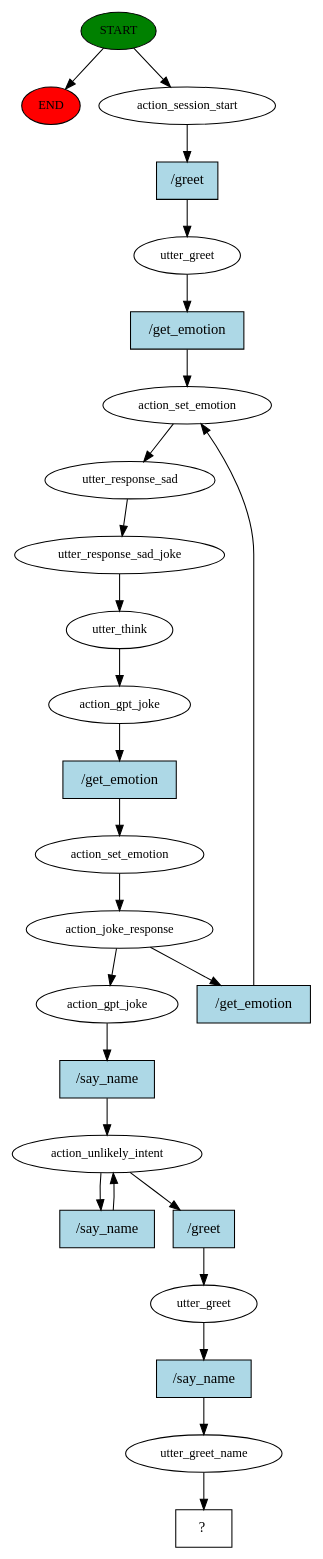
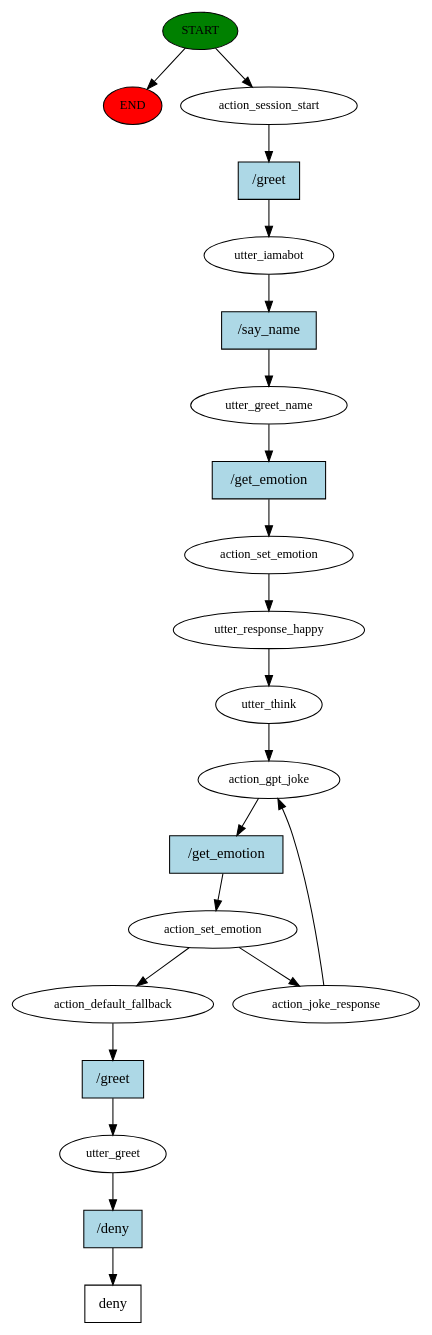
Before and after one commit to changchuntzu0618/RASA: the diagram in story_graph.dot, drawn with Graphviz. The commit also changed 4 other files, not shown here.

```diff
--- a/story_graph.dot
+++ b/story_graph.dot
@@ -1,51 +1,42 @@
 digraph  {
 0 [class="start active", fillcolor=green, fontsize=12, label=START, style=filled];
 "-1" [class=end, fillcolor=red, fontsize=12, label=END, style=filled];
 1 [class=active, fontsize=12, label=action_session_start];
-2 [class=active, fontsize=12, label=utter_greet];
-3 [class=active, fontsize=12, label=action_set_emotion];
-4 [class=active, fontsize=12, label=utter_response_sad];
-5 [class=active, fontsize=12, label=utter_response_sad_joke];
+2 [class=active, fontsize=12, label=utter_iamabot];
+3 [class=active, fontsize=12, label=utter_greet_name];
+4 [class=active, fontsize=12, label=action_set_emotion];
+5 [class=active, fontsize=12, label=utter_response_happy];
 6 [class=active, fontsize=12, label=utter_think];
 7 [class=active, fontsize=12, label=action_gpt_joke];
 8 [class=active, fontsize=12, label=action_set_emotion];
 9 [class=active, fontsize=12, label=action_joke_response];
-17 [class=active, fontsize=12, label=action_gpt_joke];
-18 [class=active, fontsize=12, label=action_unlikely_intent];
-21 [class=active, fontsize=12, label=utter_greet];
-22 [class=active, fontsize=12, label=utter_greet_name];
-23 [class="intent dashed active", label="  ?  ", shape=rect];
-24 [class="intent active", fillcolor=lightblue, label="/greet", shape=rect, style=filled];
-25 [class="intent active", fillcolor=lightblue, label="/get_emotion", shape=rect, style=filled];
-26 [class="intent active", fillcolor=lightblue, label="/get_emotion", shape=rect, style=filled];
-27 [class="intent active", fillcolor=lightblue, label="/get_emotion", shape=rect, style=filled];
-28 [class="intent active", fillcolor=lightblue, label="/say_name", shape=rect, style=filled];
-29 [class="intent active", fillcolor=lightblue, label="/say_name", shape=rect, style=filled];
-30 [class="intent active", fillcolor=lightblue, label="/greet", shape=rect, style=filled];
-31 [class="intent active", fillcolor=lightblue, label="/say_name", shape=rect, style=filled];
+12 [class=active, fontsize=12, label=action_default_fallback];
+13 [class=active, fontsize=12, label=utter_greet];
+14 [class="intent dashed active", label=deny, shape=rect];
+15 [class="intent active", fillcolor=lightblue, label="/greet", shape=rect, style=filled];
+16 [class="intent active", fillcolor=lightblue, label="/say_name", shape=rect, style=filled];
+17 [class="intent active", fillcolor=lightblue, label="/get_emotion", shape=rect, style=filled];
+18 [class="intent active", fillcolor=lightblue, label="/get_emotion", shape=rect, style=filled];
+19 [class="intent active", fillcolor=lightblue, label="/greet", shape=rect, style=filled];
+20 [class="intent active", fillcolor=lightblue, label="/deny", shape=rect, style=filled];
 0 -> "-1"  [class="", key=NONE, label=""];
 0 -> 1  [class=active, key=NONE, label=""];
-1 -> 24  [class=active, key=0];
-2 -> 25  [class=active, key=0];
-3 -> 4  [class=active, key=NONE, label=""];
+1 -> 15  [class=active, key=0];
+2 -> 16  [class=active, key=0];
+3 -> 17  [class=active, key=0];
 4 -> 5  [class=active, key=NONE, label=""];
 5 -> 6  [class=active, key=NONE, label=""];
 6 -> 7  [class=active, key=NONE, label=""];
-7 -> 26  [class=active, key=0];
+7 -> 18  [class=active, key=0];
 8 -> 9  [class=active, key=NONE, label=""];
-9 -> 17  [class=active, key=NONE, label=""];
-9 -> 27  [class=active, key=0];
-17 -> 28  [class=active, key=0];
-18 -> 29  [class=active, key=0];
-18 -> 30  [class=active, key=0];
-21 -> 31  [class=active, key=0];
-22 -> 23  [class=active, key=NONE, label=""];
-24 -> 2  [class=active, key=0];
-25 -> 3  [class=active, key=0];
-26 -> 8  [class=active, key=0];
-27 -> 3  [class=active, key=0];
-28 -> 18  [class=active, key=0];
-29 -> 18  [class=active, key=0];
-30 -> 21  [class=active, key=0];
-31 -> 22  [class=active, key=0];
+8 -> 12  [class=active, key=NONE, label=""];
+9 -> 7  [class=active, key=NONE, label=""];
+12 -> 19  [class=active, key=0];
+13 -> 20  [class=active, key=0];
+15 -> 2  [class=active, key=0];
+16 -> 3  [class=active, key=0];
+17 -> 4  [class=active, key=0];
+18 -> 8  [class=active, key=0];
+19 -> 13  [class=active, key=0];
+20 -> 14  [class=active, key=0];
 }
```
